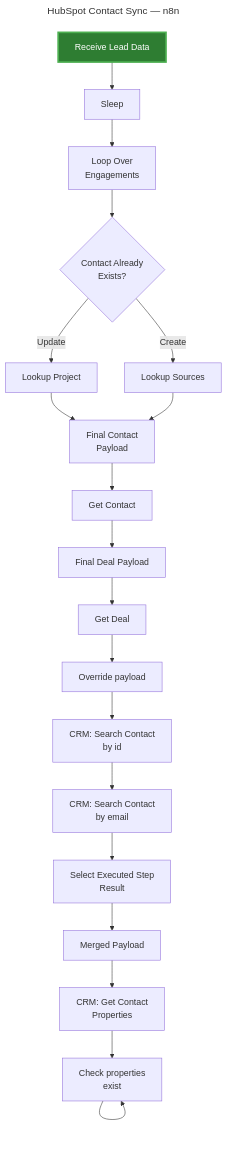
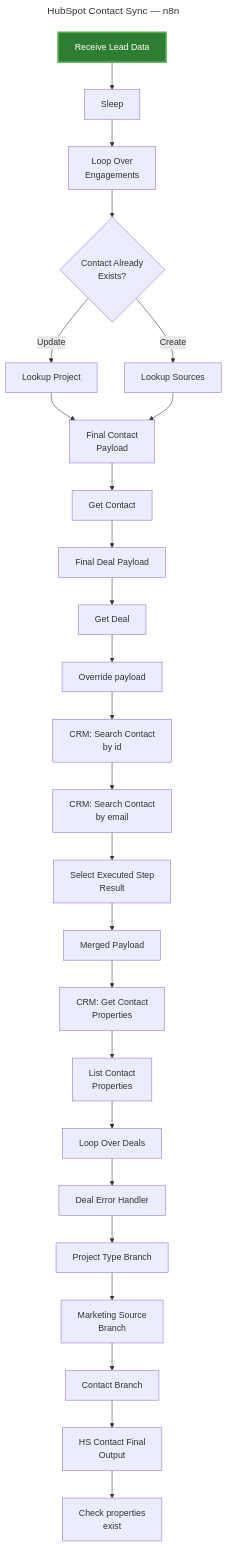
The diagram in linkedin-posts/_pipeline/mermaid/diagrams/hubspot-contact-sync-n8n.mmd (animaesuriens/home-service-os), drawn with Mermaid before and after one commit. The commit also changed 25 other files, not shown here.

First line of the commit message:
fix(15-05): extend legacy Mermaid generator to 676-node alphabet

```diff
--- a/linkedin-posts/_pipeline/mermaid/diagrams/hubspot-contact-sync-n8n.mmd
+++ b/linkedin-posts/_pipeline/mermaid/diagrams/hubspot-contact-sync-n8n.mmd
@@ -1,55 +1,55 @@
 ---
 title: HubSpot Contact Sync — n8n
 ---
 flowchart TD
     A["Receive Lead Data"]:::trigger
     B["Sleep"]
     C["Loop Over\nEngagements"]
     D{"Contact Already\nExists?"}
     E["Lookup Project"]
     F["Lookup Sources"]
     G["Final Contact\nPayload"]
     H["Get Contact"]
     I["Final Deal Payload"]
     J["Get Deal"]
     K["Override payload"]
     L["CRM: Search Contact\nby id"]
     M["CRM: Search Contact\nby email"]
     N["Select Executed Step\nResult"]
     O["Merged Payload"]
     P["CRM: Get Contact\nProperties"]
-    undefined["List Contact\nProperties"]
-    undefined["Loop Over Deals"]
-    undefined["Deal Error Handler"]
-    undefined["Project Type Branch"]
-    undefined["Marketing Source\nBranch"]
-    undefined["Contact Branch"]
-    undefined["HS Contact Final\nOutput"]
-    undefined["Check properties\nexist"]
+    Q["List Contact\nProperties"]
+    R["Loop Over Deals"]
+    S["Deal Error Handler"]
+    T["Project Type Branch"]
+    U["Marketing Source\nBranch"]
+    V["Contact Branch"]
+    W["HS Contact Final\nOutput"]
+    X["Check properties\nexist"]
 
     A --> B
     B --> C
     C --> D
     D -->|Update| E
     D -->|Create| F
     E --> G
     F --> G
     G --> H
     H --> I
     I --> J
     J --> K
     K --> L
     L --> M
     M --> N
     N --> O
     O --> P
-    P --> undefined
-    undefined --> undefined
-    undefined --> undefined
-    undefined --> undefined
-    undefined --> undefined
-    undefined --> undefined
-    undefined --> undefined
-    undefined --> undefined
+    P --> Q
+    Q --> R
+    R --> S
+    S --> T
+    T --> U
+    U --> V
+    V --> W
+    W --> X
 
     classDef trigger fill:#2E7D32,stroke:#4CAF50,stroke-width:3px,color:#fff
```
